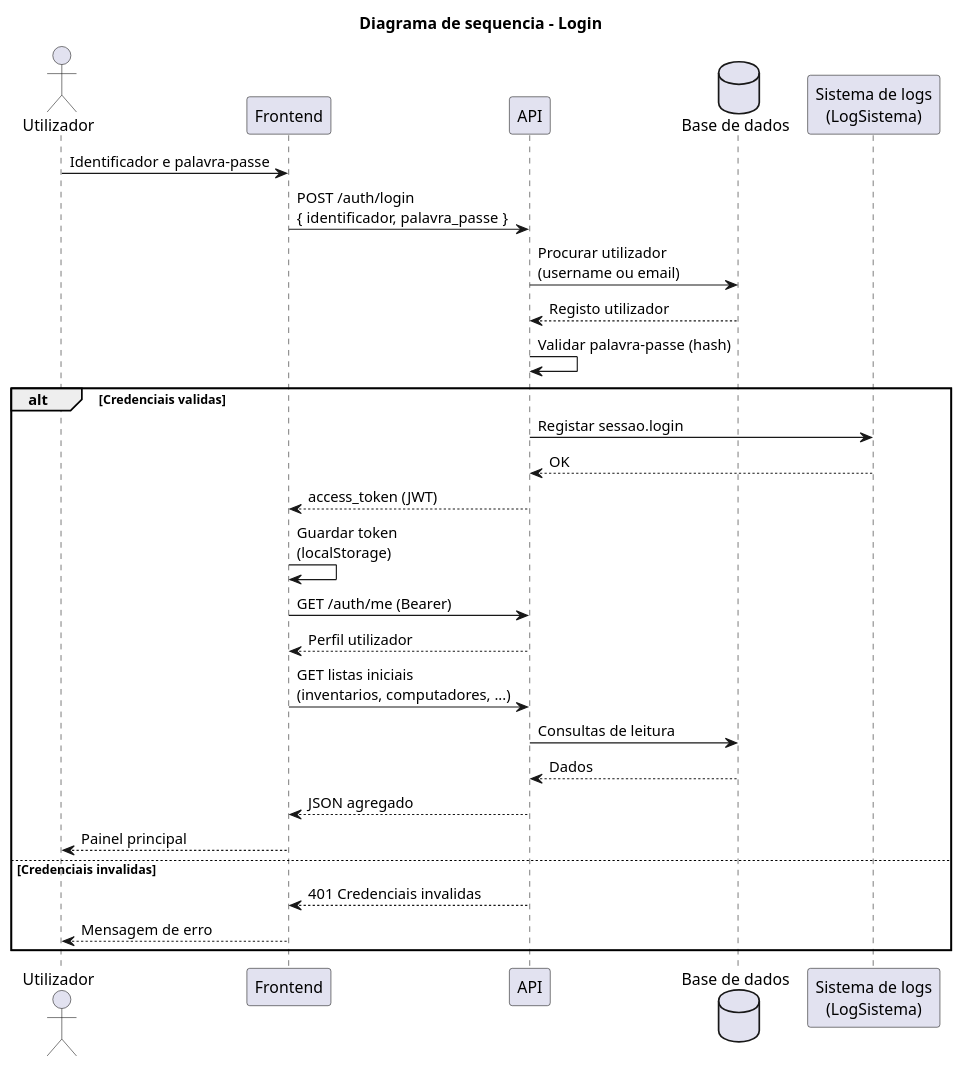
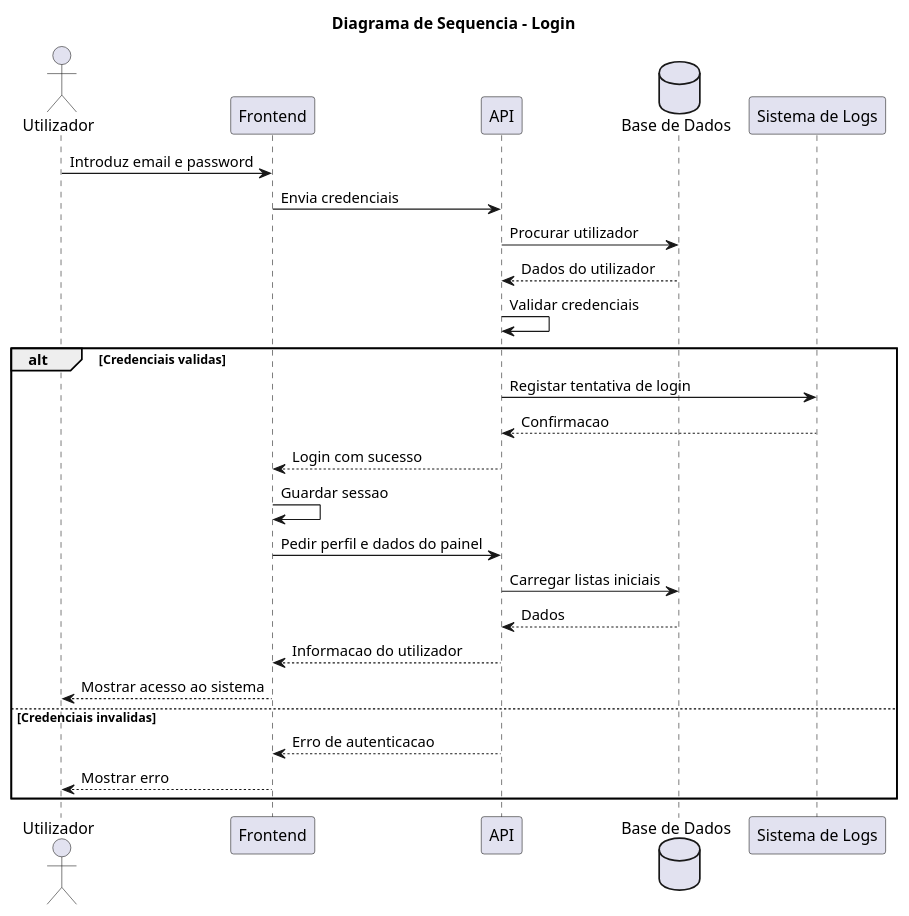
The diagram in docs/diagramas/sequenciais/01-login.puml (rafapinto888-web/Projeto-de-estagio), drawn with PlantUML before and after one commit. The commit also changed 15 other files, not shown here.

```diff
--- a/docs/diagramas/sequenciais/01-login.puml
+++ b/docs/diagramas/sequenciais/01-login.puml
@@ -1,36 +1,33 @@
-@startuml sequencia_login
-skinparam shadowing false
-skinparam backgroundColor white
-title Diagrama de sequencia - Login
+@startuml
+title Diagrama de Sequencia - Login
 
 actor Utilizador as U
 participant Frontend as FE
 participant API as API
-database "Base de dados" as BD
-participant "Sistema de logs\n(LogSistema)" as LOG
+database "Base de Dados" as BD
+participant "Sistema de Logs" as LOG
 
-U -> FE : Identificador e palavra-passe
-FE -> API : POST /auth/login\n{ identificador, palavra_passe }
+U -> FE : Introduz email e password
+FE -> API : Envia credenciais
 
-API -> BD : Procurar utilizador\n(username ou email)
-BD --> API : Registo utilizador
-API -> API : Validar palavra-passe (hash)
+API -> BD : Procurar utilizador
+BD --> API : Dados do utilizador
+
+API -> API : Validar credenciais
 
 alt Credenciais validas
-  API -> LOG : Registar sessao.login
-  LOG --> API : OK
-  API --> FE : access_token (JWT)
-  FE -> FE : Guardar token\n(localStorage)
-  FE -> API : GET /auth/me (Bearer)
-  API --> FE : Perfil utilizador
-  FE -> API : GET listas iniciais\n(inventarios, computadores, ...)
-  API -> BD : Consultas de leitura
+  API -> LOG : Registar tentativa de login
+  LOG --> API : Confirmacao
+  API --> FE : Login com sucesso
+  FE -> FE : Guardar sessao
+  FE -> API : Pedir perfil e dados do painel
+  API -> BD : Carregar listas iniciais
   BD --> API : Dados
-  API --> FE : JSON agregado
-  FE --> U : Painel principal
+  API --> FE : Informacao do utilizador
+  FE --> U : Mostrar acesso ao sistema
 else Credenciais invalidas
-  API --> FE : 401 Credenciais invalidas
-  FE --> U : Mensagem de erro
+  API --> FE : Erro de autenticacao
+  FE --> U : Mostrar erro
 end
 
 @enduml
```
